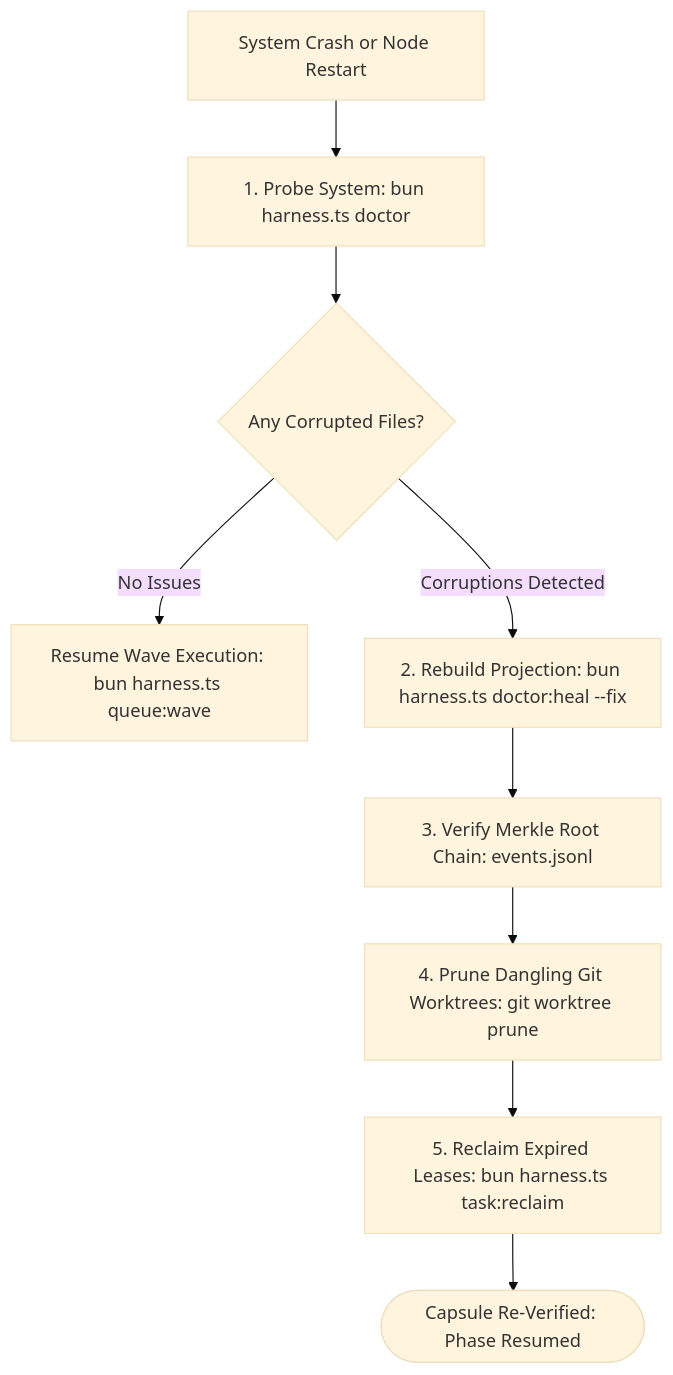
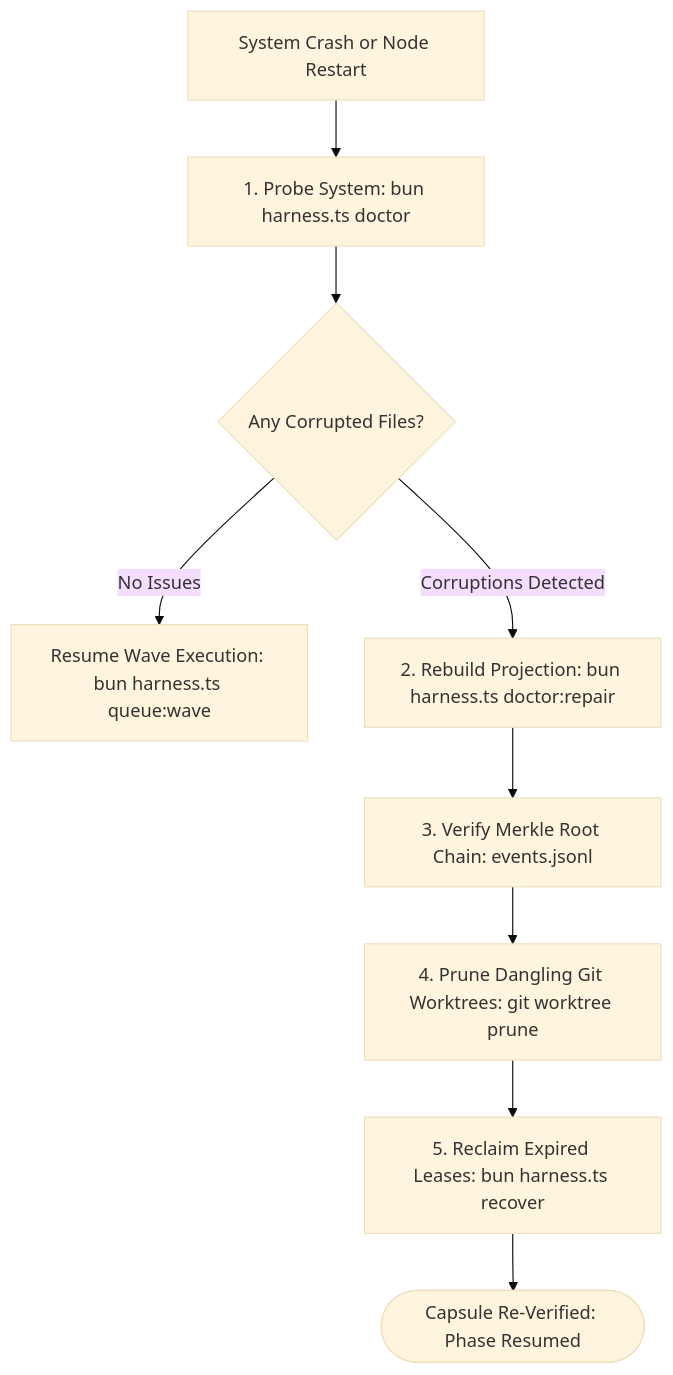
One commit to onurseckin/skills changed the diagram in docs/olt/reference/health-and-status.md. Above: the diagram before and after it, drawn with Mermaid (base theme). The commit also changed other lines of this file and 83 other files, not shown here.

````diff
--- a/docs/olt/reference/health-and-status.md
+++ b/docs/olt/reference/health-and-status.md
@@ -248,11 +250,11 @@
 ```mermaid
 flowchart TD
     CrashDetected[System Crash or Node Restart] --> Step1[1. Probe System: bun harness.ts doctor]
     Step1 --> Evaluate{Any Corrupted Files?}
     Evaluate -->|No Issues| Resume[Resume Wave Execution: bun harness.ts queue:wave]
-    Evaluate -->|Corruptions Detected| Step2[2. Rebuild Projection: bun harness.ts doctor:heal --fix]
+    Evaluate -->|Corruptions Detected| Step2[2. Rebuild Projection: bun harness.ts doctor:repair]
     Step2 --> Step3[3. Verify Merkle Root Chain: events.jsonl]
     Step3 --> Step4[4. Prune Dangling Git Worktrees: git worktree prune]
-    Step4 --> Step5[5. Reclaim Expired Leases: bun harness.ts task:reclaim]
+    Step4 --> Step5[5. Reclaim Expired Leases: bun harness.ts recover]
     Step5 --> Verified([Capsule Re-Verified: Phase Resumed])
 ```
````
